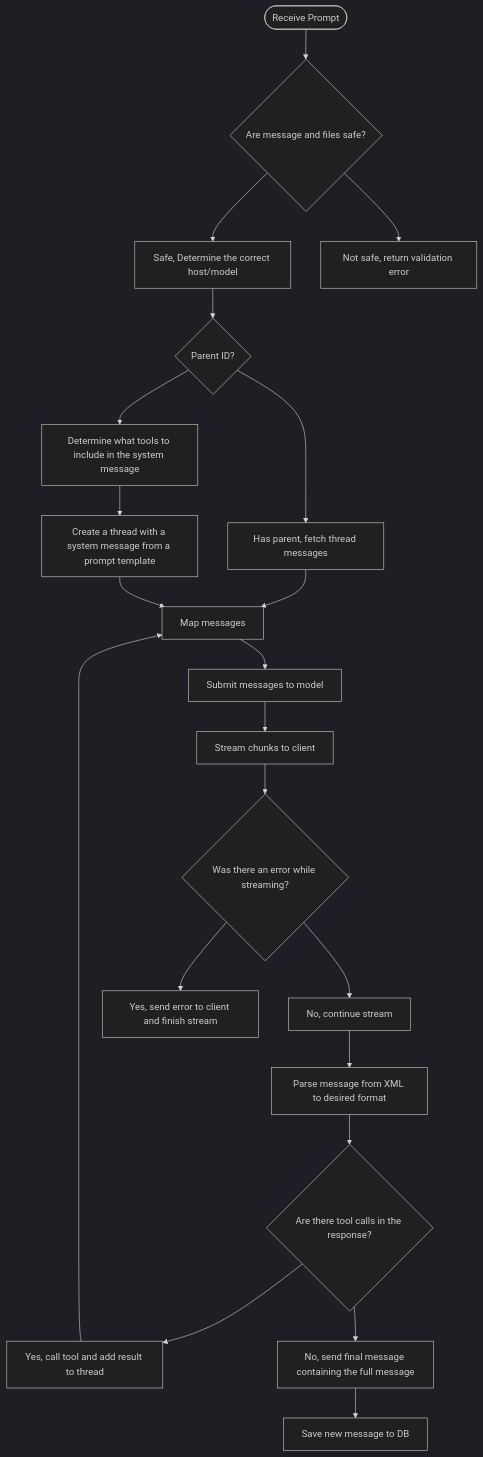
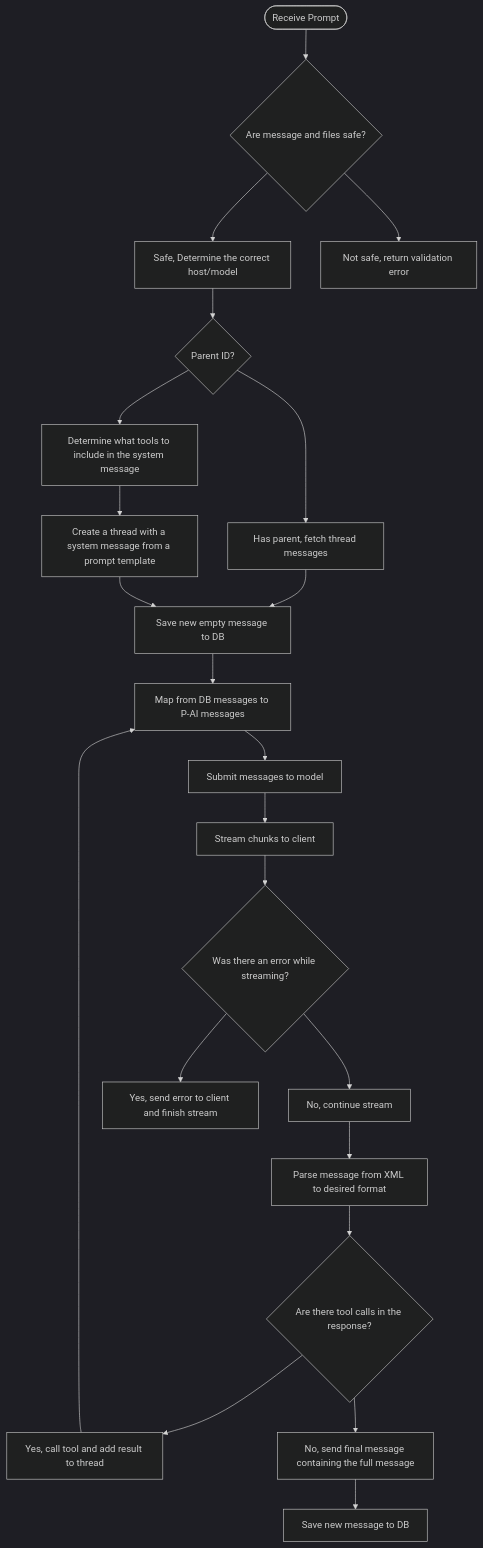
The diagram in src/message/MESSAGE_FLOW.md (allenai/olmo-api), drawn with Mermaid (dark theme) before and after one commit.

Commit message:
mess with flowchart

````diff
--- a/src/message/MESSAGE_FLOW.md
+++ b/src/message/MESSAGE_FLOW.md
@@ -1,24 +1,25 @@
 ```mermaid
 flowchart TD
         start(["Receive Prompt"])
         start --> safety{"Are message and files safe?"}
         safety --> determineHost["Safe, Determine the correct host/model"]
         safety --> notSafe["Not safe, return validation error"]
         hasParent --> fetchThread["Has parent, fetch thread messages"]
         determineHost --> hasParent{"Parent ID?"}
-        fetchThread --> mapMessages["Map messages"]
+        fetchThread --> saveStartOfNewMessage["Save new empty message to DB"]
         hasParent --> determineTools["Determine what tools to include in the system message"]
         determineTools --> setSystemMessage["Create a thread with a system message from a prompt template"]
-        setSystemMessage --> mapMessages
+        setSystemMessage -->saveStartOfNewMessage 
+        saveStartOfNewMessage --> mapMessages["Map from DB messages to P-AI messages"]
         mapMessages --> submit["Submit messages to model"]
         submit --> stream["Stream chunks to client"]
         stream --> streamErrors{"Was there an error while streaming?"}
         streamErrors --> continueStream["No, continue stream"]
         streamErrors --> sendStreamError["Yes, send error to client and finish stream"]
         continueStream --> parseMessage["Parse message from XML to desired format"]
         parseMessage --> toolCall{"Are there tool calls in the response?"}
         toolCall --> toolResult["Yes, call tool and add result to thread"]
         toolResult --> mapMessages
         toolCall --> finalize["No, send final message containing the full message"]
         finalize --> save["Save new message to DB"]
 ```
````
